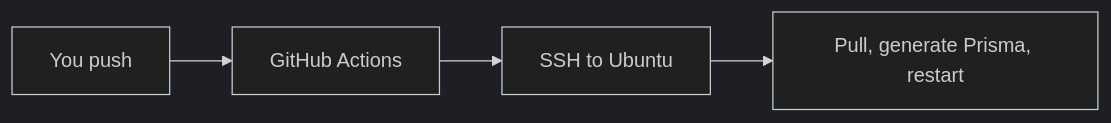
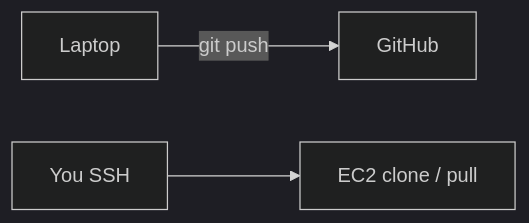
One commit to sreecharan-desu/hackx-slides changed the diagram in content/tracks/backend-from-zero/lessons/22-cicd-why.md. Above: the diagram before and after it, drawn with Mermaid (dark theme). The commit also changed other lines of this file and 35 other files, not shown here.

````diff
--- a/content/tracks/backend-from-zero/lessons/22-cicd-why.md
+++ b/content/tracks/backend-from-zero/lessons/22-cicd-why.md
@@ -10,6 +18,5 @@
 ```mermaid
 flowchart LR
-  P[You push] --> A[GitHub Actions]
-  A --> S[SSH to Ubuntu]
-  S --> H[Pull, generate Prisma, restart]
+  L[Laptop] -->|git push| GH[GitHub]
+  L2[You SSH] --> B[EC2 clone / pull]
 ```
````
